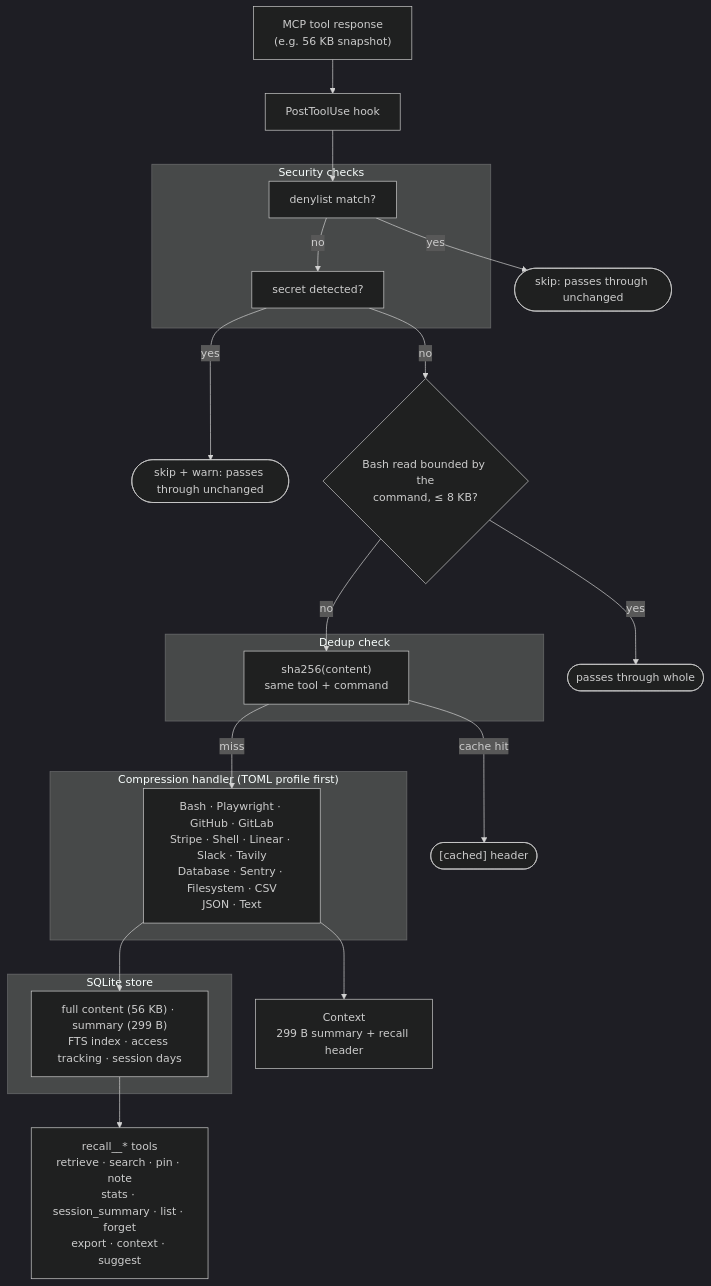
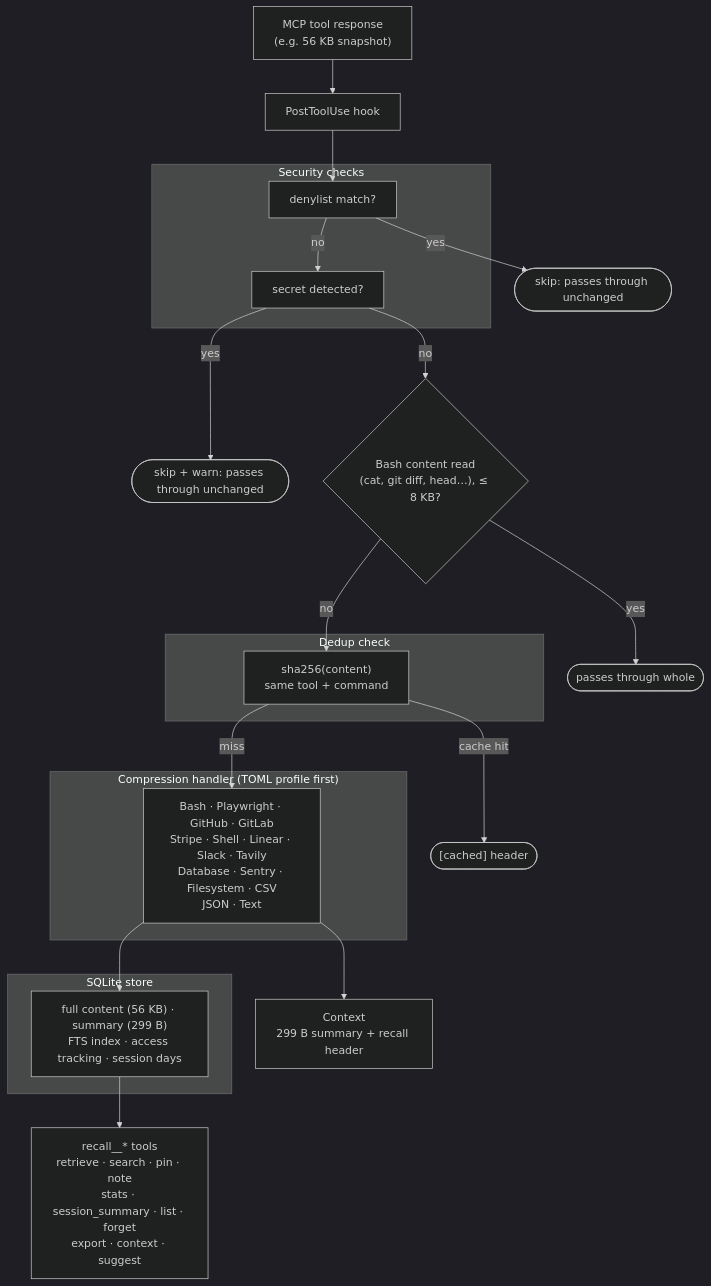
One commit to sakebomb/mcp-recall changed the third of 3 diagrams in README.md. Above: the diagram before and after it, drawn with Mermaid (dark theme). The commit also changed other lines of this file and 12 other files, not shown here.

First line of the commit message:
fix: deliver file and diff content whole, or keep it retrievable (#332)

````diff
--- a/README.md
+++ b/README.md
@@ -69,37 +69,37 @@
 ```mermaid
 flowchart TD
     A["MCP tool response<br/>(e.g. 56 KB snapshot)"] --> B[PostToolUse hook]
 
     subgraph SEC["Security checks"]
         DENY[denylist match?]
         SCRT[secret detected?]
     end
 
     B --> DENY
     DENY -- yes --> P1([skip: passes through unchanged])
     DENY -- no --> SCRT
     SCRT -- yes --> P2([skip + warn: passes through unchanged])
-    SCRT -- no --> BND{"Bash read bounded by the<br/>command, ≤ 8 KB?"}
+    SCRT -- no --> BND{"Bash content read<br/>(cat, git diff, head…), ≤ 8 KB?"}
     BND -- yes --> P3([passes through whole])
     BND -- no --> DEDUP_N
 
     subgraph DEDUP["Dedup check"]
         DEDUP_N["sha256(content)<br/>same tool + command"]
     end
 
     DEDUP_N -- "cache hit" --> CACHED(["[cached] header"])
     DEDUP_N -- miss --> HAND_N
 
     subgraph HANDLER["Compression handler (TOML profile first)"]
         HAND_N["Bash · Playwright · GitHub · GitLab<br/>Stripe · Shell · Linear · Slack · Tavily<br/>Database · Sentry · Filesystem · CSV<br/>JSON · Text"]
     end
 
     HAND_N --> CTX["Context<br/>299 B summary + recall header"]
     HAND_N --> DB_N
 
     subgraph DB["SQLite store"]
         DB_N["full content (56 KB) · summary (299 B)<br/>FTS index · access tracking · session days"]
     end
 
     DB_N --> TOOLS["recall__* tools<br/>retrieve · search · pin · note<br/>stats · session_summary · list · forget<br/>export · context · suggest"]
 ```
````
